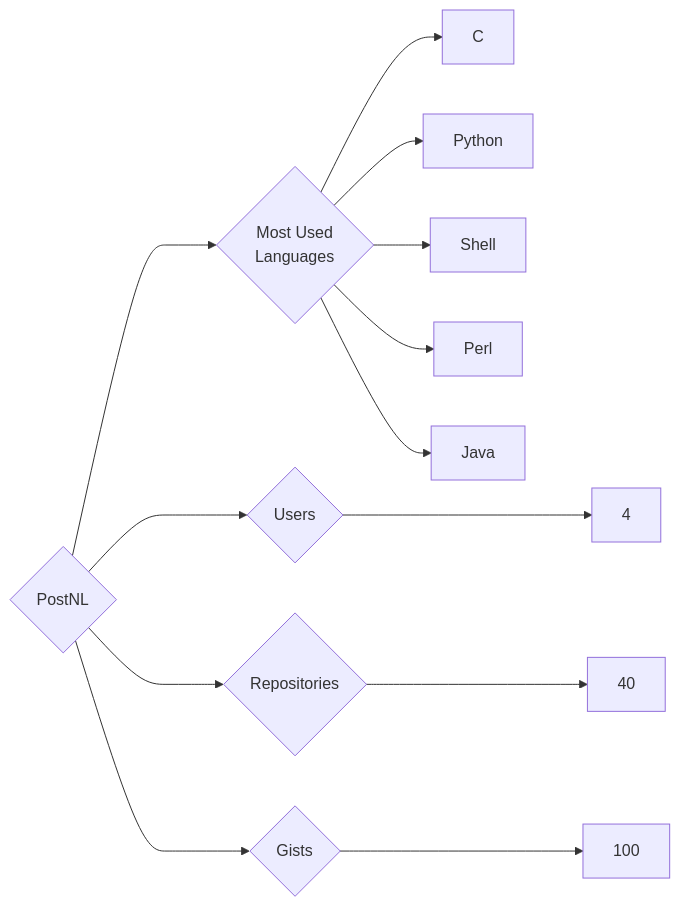
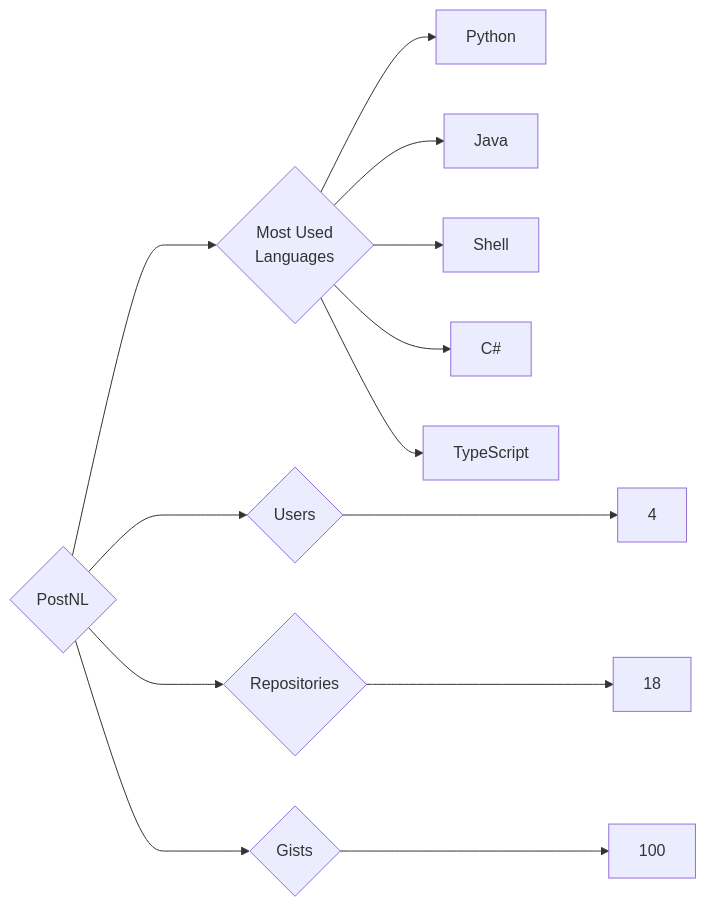
One commit to trickest/insiders changed the diagram in targets/PostNL/README.md. Above: the diagram before and after it, drawn with Mermaid. The commit also changed 1484 other files, not shown here.

````diff
--- a/targets/PostNL/README.md
+++ b/targets/PostNL/README.md
@@ -3,13 +3,13 @@
 ```mermaid
 graph LR
 COMPANY_NAME{PostNL}
 COMPANY_NAME ---> U{Users} ---> UN[4]
-COMPANY_NAME ---> R{Repositories} ---> RN[40]
+COMPANY_NAME ---> R{Repositories} ---> RN[18]
 COMPANY_NAME ---> G{Gists} ---> GN[100]
 COMPANY_NAME ---> ML{Most Used<br>Languages}
-ML --> C[C]
 ML --> Python[Python]
+ML --> Java[Java]
 ML --> Shell[Shell]
-ML --> Perl[Perl]
-ML --> Java[Java]
+ML --> C#[C#]
+ML --> TypeScript[TypeScript]
 ```
````
